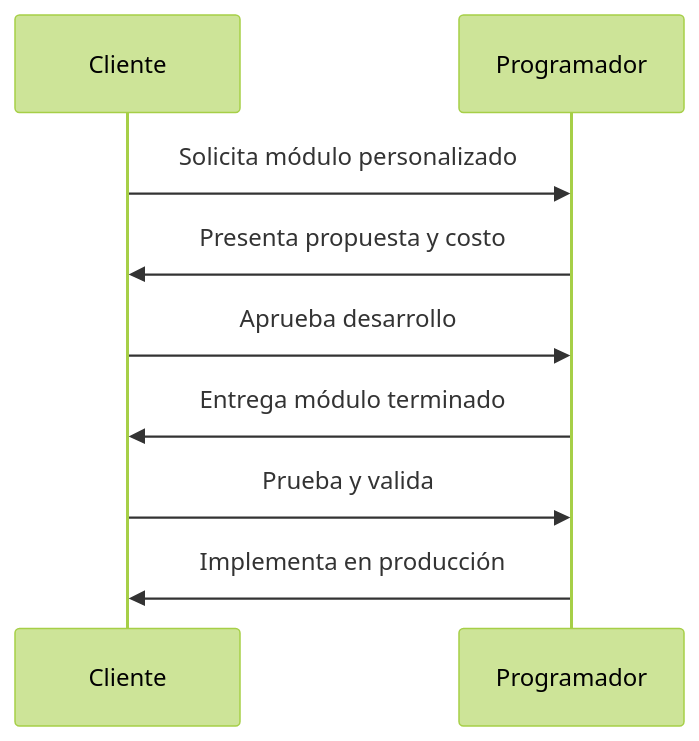
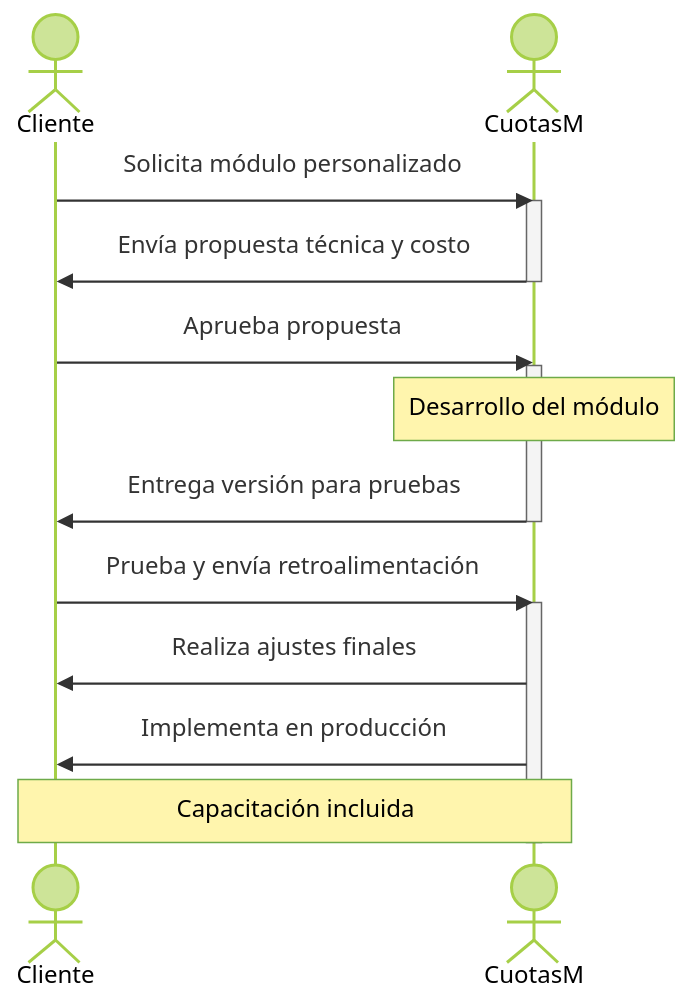
One commit to vvaldelamar/CuotasM changed the diagram in pages/costos.md. Above: the diagram before and after it, drawn with Mermaid (forest theme). The commit also changed other lines of this file, not shown here.

Commit message:
Fix relative links + mermaid CDN

````diff
--- a/pages/costos.md
+++ b/pages/costos.md
@@ -31,12 +31,21 @@
 ```mermaid
 sequenceDiagram
-    participant Cliente
-    participant Programador
+    actor Cliente
+    actor CuotasM
 
-    Cliente->>Programador: Solicita módulo personalizado
-    Programador->>Cliente: Presenta propuesta y costo
-    Cliente->>Programador: Aprueba desarrollo
-    Programador->>Cliente: Entrega módulo terminado
-    Cliente->>Programador: Prueba y valida
-    Programador->>Cliente: Implementa en producción
+    Cliente->>CuotasM: Solicita módulo personalizado
+    activate CuotasM
+    CuotasM->>Cliente: Envía propuesta técnica y costo
+    deactivate CuotasM
+    Cliente->>CuotasM: Aprueba propuesta
+    activate CuotasM
+    Note over CuotasM: Desarrollo del módulo
+    CuotasM->>Cliente: Entrega versión para pruebas
+    deactivate CuotasM
+    Cliente->>CuotasM: Prueba y envía retroalimentación
+    activate CuotasM
+    CuotasM->>Cliente: Realiza ajustes finales
+    CuotasM->>Cliente: Implementa en producción
+    Note over Cliente,CuotasM: Capacitación incluida
+    deactivate CuotasM
 ```
````
